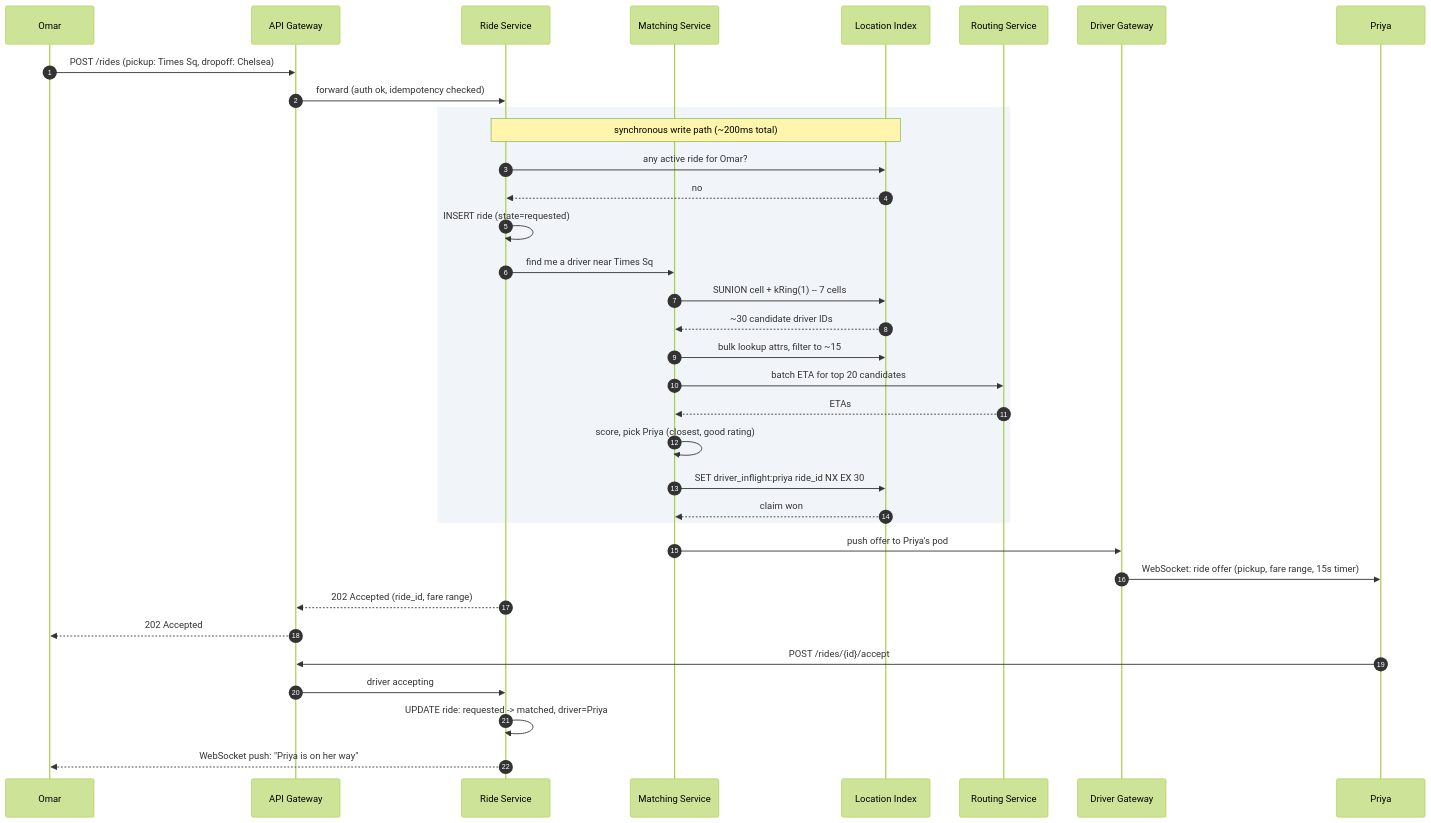
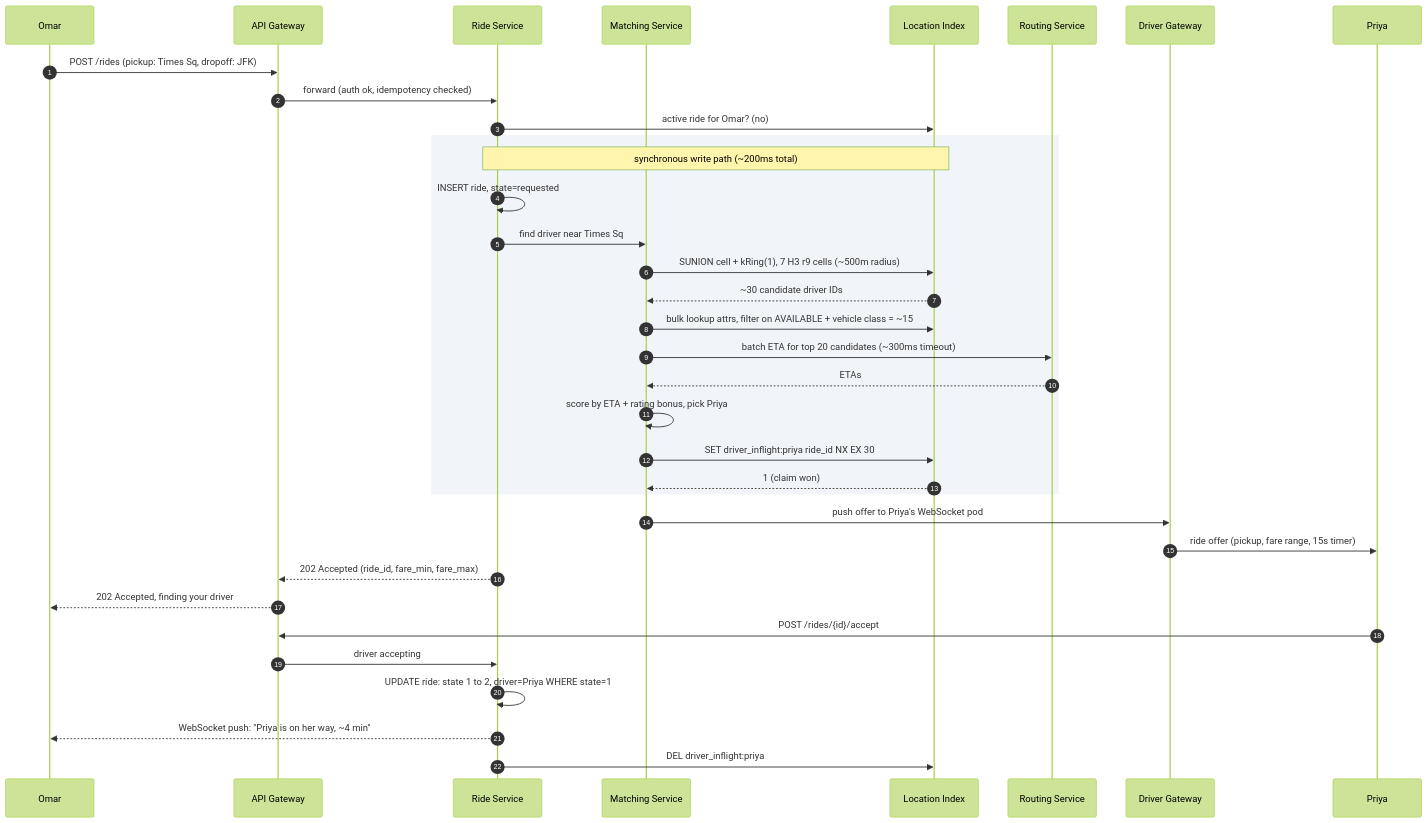
One commit to shiningflash/system-design changed the sixth of 8 diagrams in problems/007-ride-sharing/question.md. Above: the diagram before and after it, drawn with Mermaid (forest theme). The commit also changed other lines of this file and 37 other files, not shown here.

````diff
--- a/problems/007-ride-sharing/question.md
+++ b/problems/007-ride-sharing/question.md
@@ -377,41 +385,41 @@
 ```mermaid
 sequenceDiagram
     autonumber
     participant Omar
     participant GW2 as API Gateway
     participant RS as Ride Service
     participant MS as Matching Service
     participant Redis as Location Index
     participant Route as Routing Service
     participant DGW as Driver Gateway
     participant Priya
 
-    Omar->>GW2: POST /rides (pickup: Times Sq, dropoff: Chelsea)
+    Omar->>GW2: POST /rides (pickup: Times Sq, dropoff: JFK)
     GW2->>RS: forward (auth ok, idempotency checked)
+    RS->>Redis: active ride for Omar? (no)
 
     rect rgb(241, 245, 249)
         Note over RS,Redis: synchronous write path (~200ms total)
-        RS->>Redis: any active ride for Omar?
-        Redis-->>RS: no
-        RS->>RS: INSERT ride (state=requested)
-        RS->>MS: find me a driver near Times Sq
-        MS->>Redis: SUNION cell + kRing(1) -- 7 cells
+        RS->>RS: INSERT ride, state=requested
+        RS->>MS: find driver near Times Sq
+        MS->>Redis: SUNION cell + kRing(1), 7 H3 r9 cells (~500m radius)
         Redis-->>MS: ~30 candidate driver IDs
-        MS->>Redis: bulk lookup attrs, filter to ~15
-        MS->>Route: batch ETA for top 20 candidates
+        MS->>Redis: bulk lookup attrs, filter on AVAILABLE + vehicle class = ~15
+        MS->>Route: batch ETA for top 20 candidates (~300ms timeout)
         Route-->>MS: ETAs
-        MS->>MS: score, pick Priya (closest, good rating)
+        MS->>MS: score by ETA + rating bonus, pick Priya
         MS->>Redis: SET driver_inflight:priya ride_id NX EX 30
-        Redis-->>MS: claim won
+        Redis-->>MS: 1 (claim won)
     end
 
-    MS->>DGW: push offer to Priya's pod
-    DGW->>Priya: WebSocket: ride offer (pickup, fare range, 15s timer)
-    RS-->>GW2: 202 Accepted (ride_id, fare range)
-    GW2-->>Omar: 202 Accepted
+    MS->>DGW: push offer to Priya's WebSocket pod
+    DGW->>Priya: ride offer (pickup, fare range, 15s timer)
+    RS-->>GW2: 202 Accepted (ride_id, fare_min, fare_max)
+    GW2-->>Omar: 202 Accepted, finding your driver
 
     Priya->>GW2: POST /rides/{id}/accept
     GW2->>RS: driver accepting
-    RS->>RS: UPDATE ride: requested -> matched, driver=Priya
-    RS-->>Omar: WebSocket push: "Priya is on her way"
+    RS->>RS: UPDATE ride: state 1 to 2, driver=Priya WHERE state=1
+    RS-->>Omar: WebSocket push: "Priya is on her way, ~4 min"
+    RS->>Redis: DEL driver_inflight:priya
 ```
````
